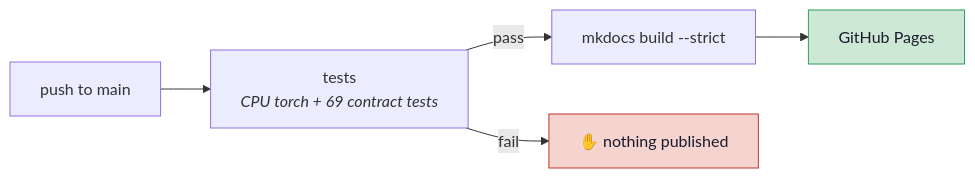
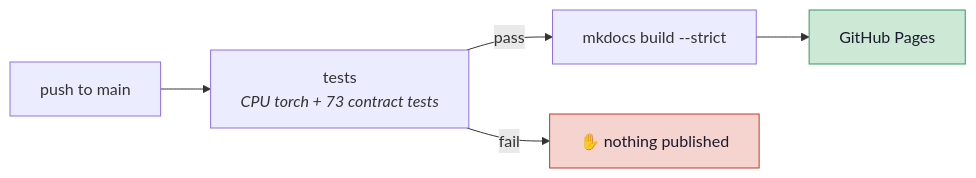
One commit to sabrinahartung/verifai-medical changed the second of 2 diagrams in docs/development.md. Above: the diagram before and after it, drawn with Mermaid. The commit also changed 37 other files, not shown here.

````diff
--- a/docs/development.md
+++ b/docs/development.md
@@ -78,9 +78,9 @@
 ```mermaid
 flowchart LR
-    P["push to main"] --> T["tests<br/><i>CPU torch + 69 contract tests</i>"]
+    P["push to main"] --> T["tests<br/><i>CPU torch + 73 contract tests</i>"]
     T -->|pass| D["mkdocs build --strict"]
     T -->|fail| X["✋ nothing published"]
     D --> G["GitHub Pages"]
     style X fill:#F5D3CE,stroke:#C0392B,color:#1a1a2e
     style G fill:#CDE8D5,stroke:#2E9E5B,color:#1a1a2e
 ```
````
